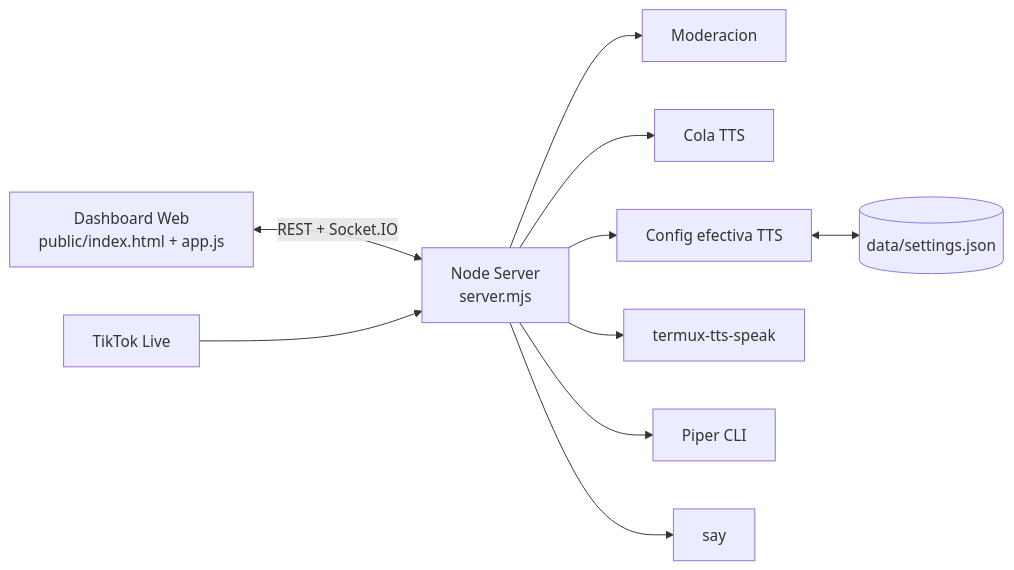
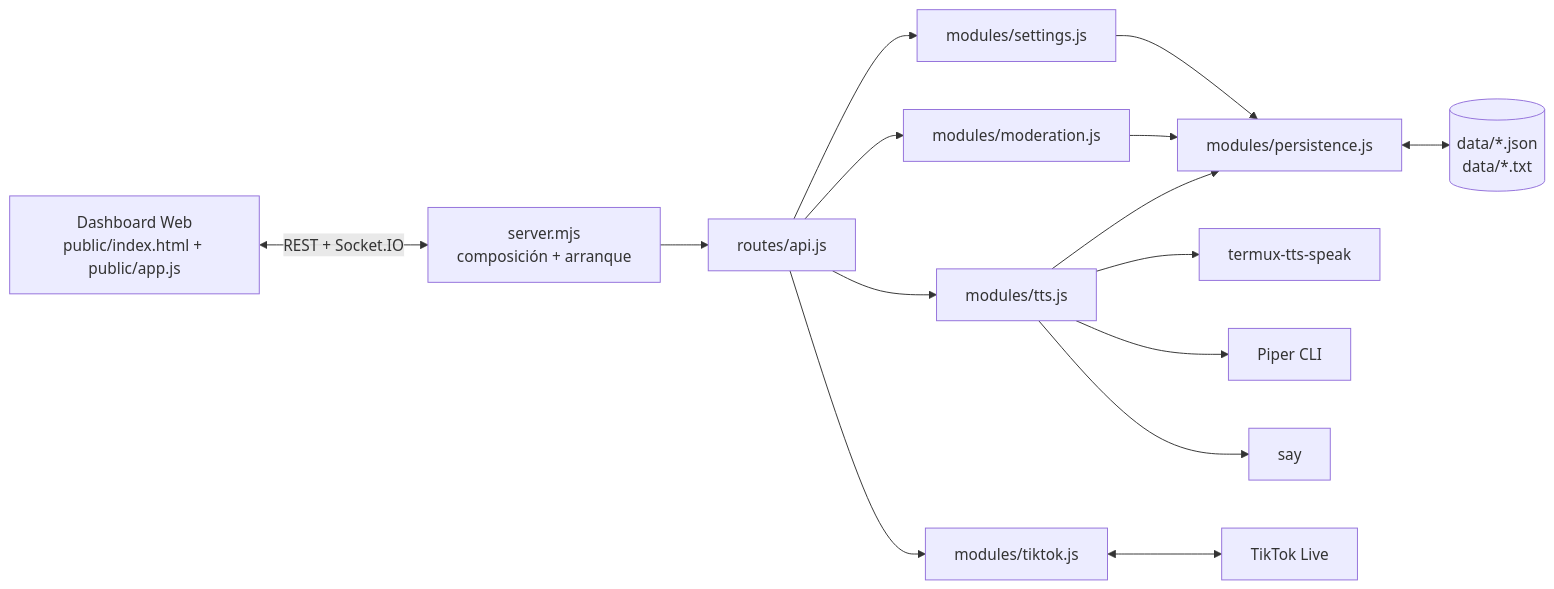
Before and after one commit to yorologo/TikTok_TTS_Control: the first of 2 diagrams in README.md, drawn with Mermaid. The commit also changed other lines of this file and 18 other files, not shown here.

````diff
--- a/README.md
+++ b/README.md
@@ -15,12 +22,31 @@
 ```mermaid
 flowchart LR
-  UI[Dashboard Web<br/>public/index.html + app.js] <-->|REST + Socket.IO| API[Node Server<br/>server.mjs]
-  API --> MOD[Moderacion]
-  API --> QUEUE[Cola TTS]
-  API --> CFG[Config efectiva TTS]
-  CFG <--> FS[(data/settings.json)]
-  API --> TERMUX[termux-tts-speak]
-  API --> PIPER[Piper CLI]
-  API --> SAY[say]
-  TIKTOK[TikTok Live] --> API
+  UI[Dashboard Web<br/>public/index.html + public/app.js]
+  API[server.mjs<br/>composición + arranque]
+  ROUTES[routes/api.js]
+  SETTINGS[modules/settings.js]
+  MOD[modules/moderation.js]
+  TTS[modules/tts.js]
+  TIKTOK[modules/tiktok.js]
+  PERSIST[modules/persistence.js]
+  FS[(data/*.json<br/>data/*.txt)]
+  LIVE[TikTok Live]
+  TERMUX[termux-tts-speak]
+  PIPER[Piper CLI]
+  SAY[say]
+
+  UI <-->|REST + Socket.IO| API
+  API --> ROUTES
+  ROUTES --> SETTINGS
+  ROUTES --> MOD
+  ROUTES --> TTS
+  ROUTES --> TIKTOK
+  SETTINGS --> PERSIST
+  MOD --> PERSIST
+  TTS --> PERSIST
+  PERSIST <--> FS
+  TIKTOK <--> LIVE
+  TTS --> TERMUX
+  TTS --> PIPER
+  TTS --> SAY
 ```
````
